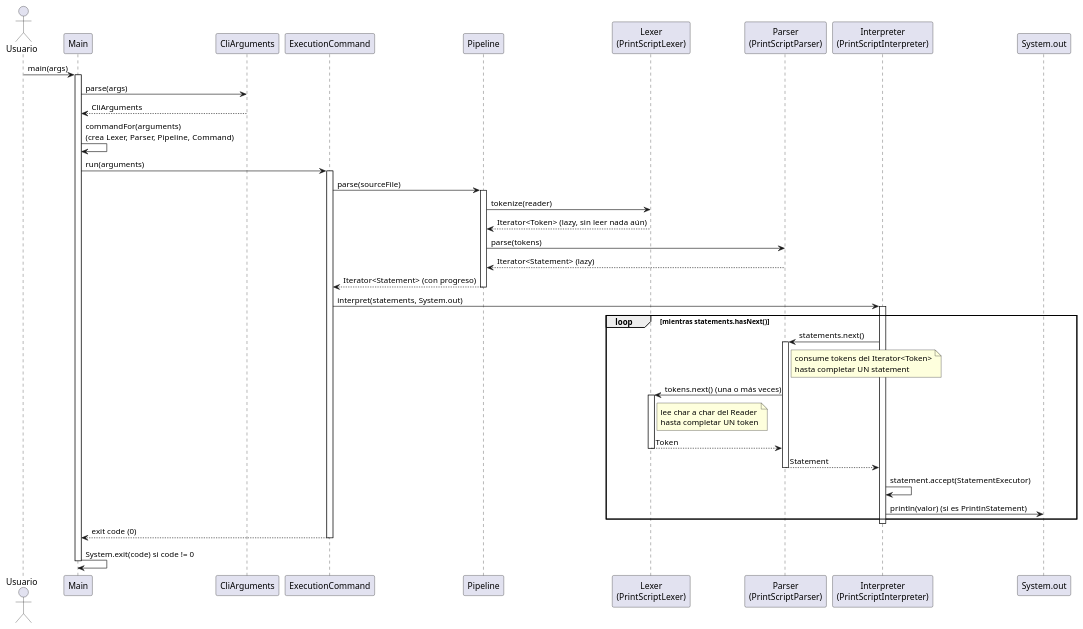
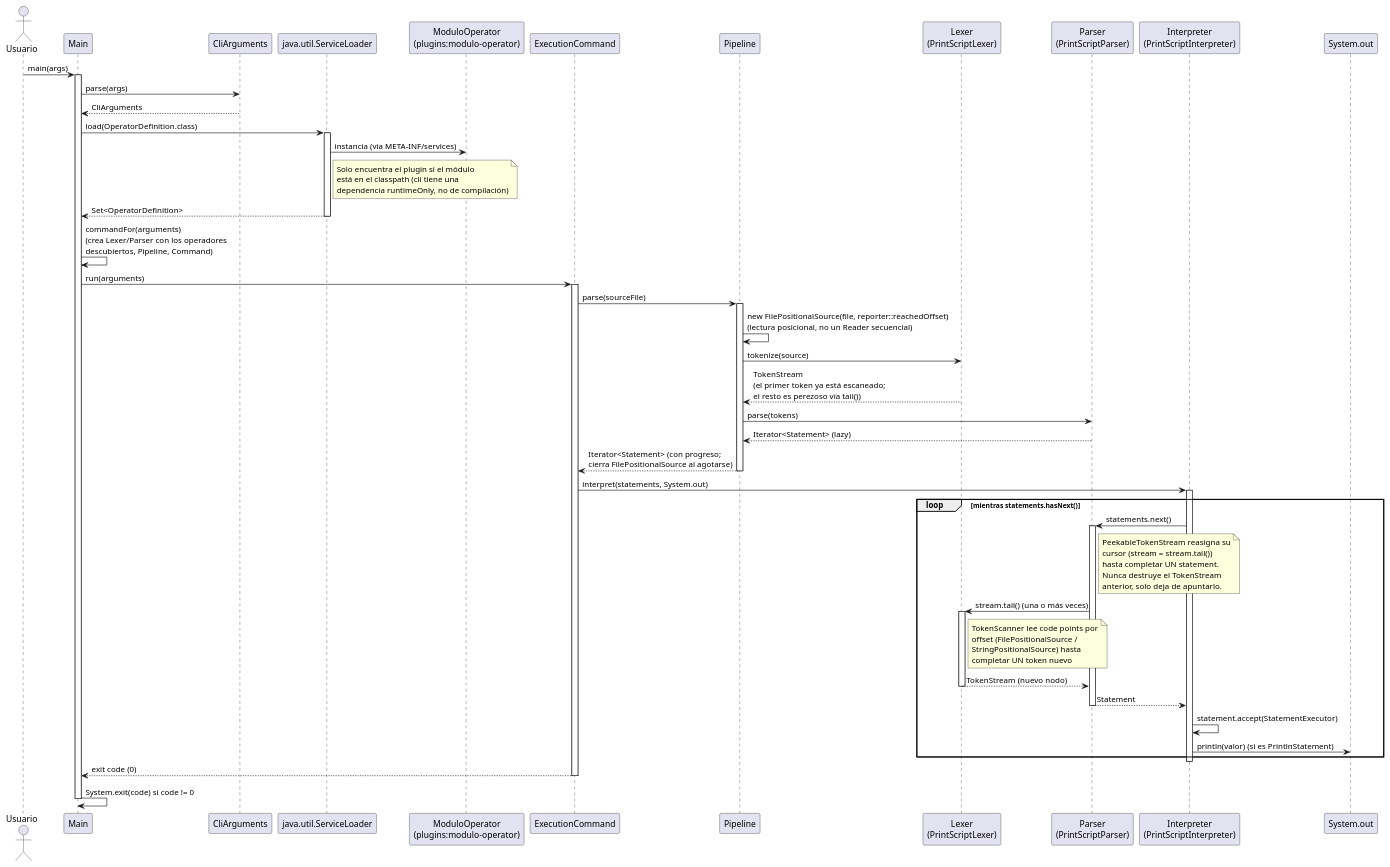
Before and after one commit to IngSis-MAK-LR-DK/PrintScript: the diagram in docs/diagrams/sequence-diagram.puml, drawn with PlantUML. The commit also changed 133 other files, not shown here.

First line of the commit message:
Implement PrintScript 1.0 toolchain: lexer, parser, interpreter, formatter, analyzer, CLI

```diff
--- a/docs/diagrams/sequence-diagram.puml
+++ b/docs/diagrams/sequence-diagram.puml
@@ -1,64 +1,83 @@
 @startuml PrintScript-Secuencia-Execution
 
 actor Usuario
 participant "Main" as Main
 participant "CliArguments" as Args
+participant "java.util.ServiceLoader" as SPI
+participant "ModuloOperator\n(plugins:modulo-operator)" as Plugin
 participant "ExecutionCommand" as Cmd
 participant "Pipeline" as Pipeline
 participant "Lexer\n(PrintScriptLexer)" as Lexer
 participant "Parser\n(PrintScriptParser)" as Parser
 participant "Interpreter\n(PrintScriptInterpreter)" as Interp
 
 Usuario -> Main: main(args)
 activate Main
 
 Main -> Args: parse(args)
 Args --> Main: CliArguments
 
-Main -> Main: commandFor(arguments)\n(crea Lexer, Parser, Pipeline, Command)
+Main -> SPI: load(OperatorDefinition.class)
+activate SPI
+SPI -> Plugin: instancia (via META-INF/services)
+note right of SPI
+  Solo encuentra el plugin si el módulo
+  está en el classpath (cli tiene una
+  dependencia runtimeOnly, no de compilación)
+end note
+SPI --> Main: Set<OperatorDefinition>
+deactivate SPI
+
+Main -> Main: commandFor(arguments)\n(crea Lexer/Parser con los operadores\ndescubiertos, Pipeline, Command)
 
 Main -> Cmd: run(arguments)
 activate Cmd
 
 Cmd -> Pipeline: parse(sourceFile)
 activate Pipeline
-Pipeline -> Lexer: tokenize(reader)
-Lexer --> Pipeline: Iterator<Token> (lazy, sin leer nada aún)
+Pipeline -> Pipeline: new FilePositionalSource(file, reporter::reachedOffset)\n(lectura posicional, no un Reader secuencial)
+Pipeline -> Lexer: tokenize(source)
+Lexer --> Pipeline: TokenStream\n(el primer token ya está escaneado;\nel resto es perezoso vía tail())
 Pipeline -> Parser: parse(tokens)
 Parser --> Pipeline: Iterator<Statement> (lazy)
-Pipeline --> Cmd: Iterator<Statement> (con progreso)
+Pipeline --> Cmd: Iterator<Statement> (con progreso;\ncierra FilePositionalSource al agotarse)
 deactivate Pipeline
 
 Cmd -> Interp: interpret(statements, System.out)
 activate Interp
 
 loop mientras statements.hasNext()
   Interp -> Parser: statements.next()
   activate Parser
   note right of Parser
-    consume tokens del Iterator<Token>
-    hasta completar UN statement
+    PeekableTokenStream reasigna su
+    cursor (stream = stream.tail())
+    hasta completar UN statement.
+    Nunca destruye el TokenStream
+    anterior, solo deja de apuntarlo.
   end note
-  Parser -> Lexer: tokens.next() (una o más veces)
+  Parser -> Lexer: stream.tail() (una o más veces)
   activate Lexer
   note right of Lexer
-    lee char a char del Reader
-    hasta completar UN token
+    TokenScanner lee code points por
+    offset (FilePositionalSource /
+    StringPositionalSource) hasta
+    completar UN token nuevo
   end note
-  Lexer --> Parser: Token
+  Lexer --> Parser: TokenStream (nuevo nodo)
   deactivate Lexer
   Parser --> Interp: Statement
   deactivate Parser
 
   Interp -> Interp: statement.accept(StatementExecutor)
   Interp -> "System.out": println(valor) (si es PrintlnStatement)
 end
 
 deactivate Interp
 Cmd --> Main: exit code (0)
 deactivate Cmd
 
 Main -> Main: System.exit(code) si code != 0
 deactivate Main
 
 @enduml
```
